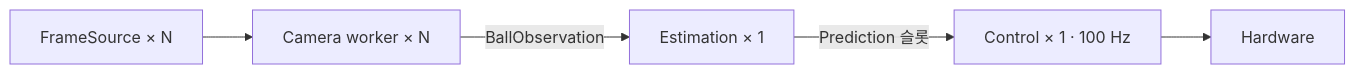
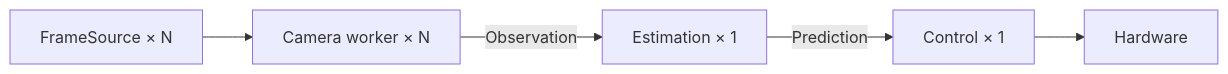
Before and after one commit to luv-all/pingpong-bot: the second of 4 diagrams in README.md, drawn with Mermaid. The commit also changed other lines of this file and 21 other files, not shown here.

````diff
--- a/README.md
+++ b/README.md
@@ -196,10 +219,10 @@
 ```mermaid
 flowchart LR
   frames["FrameSource × N"]
   camT["Camera worker × N"]
   estT["Estimation × 1"]
-  ctrlT["Control × 1 · 100 Hz"]
+  ctrlT["Control × 1"]
   actuator["Hardware"]
 
-  frames --> camT -->|"BallObservation"| estT -->|"Prediction 슬롯"| ctrlT --> actuator
+  frames --> camT -->|"Observation"| estT -->|"Prediction"| ctrlT --> actuator
 ```
````
